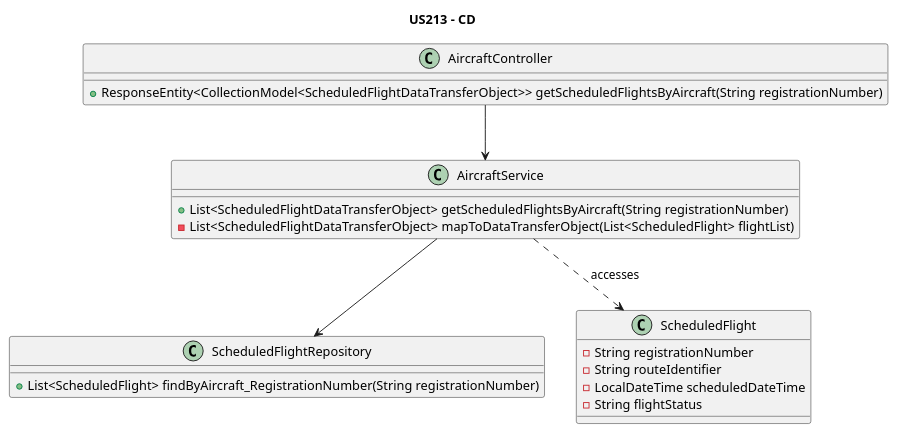
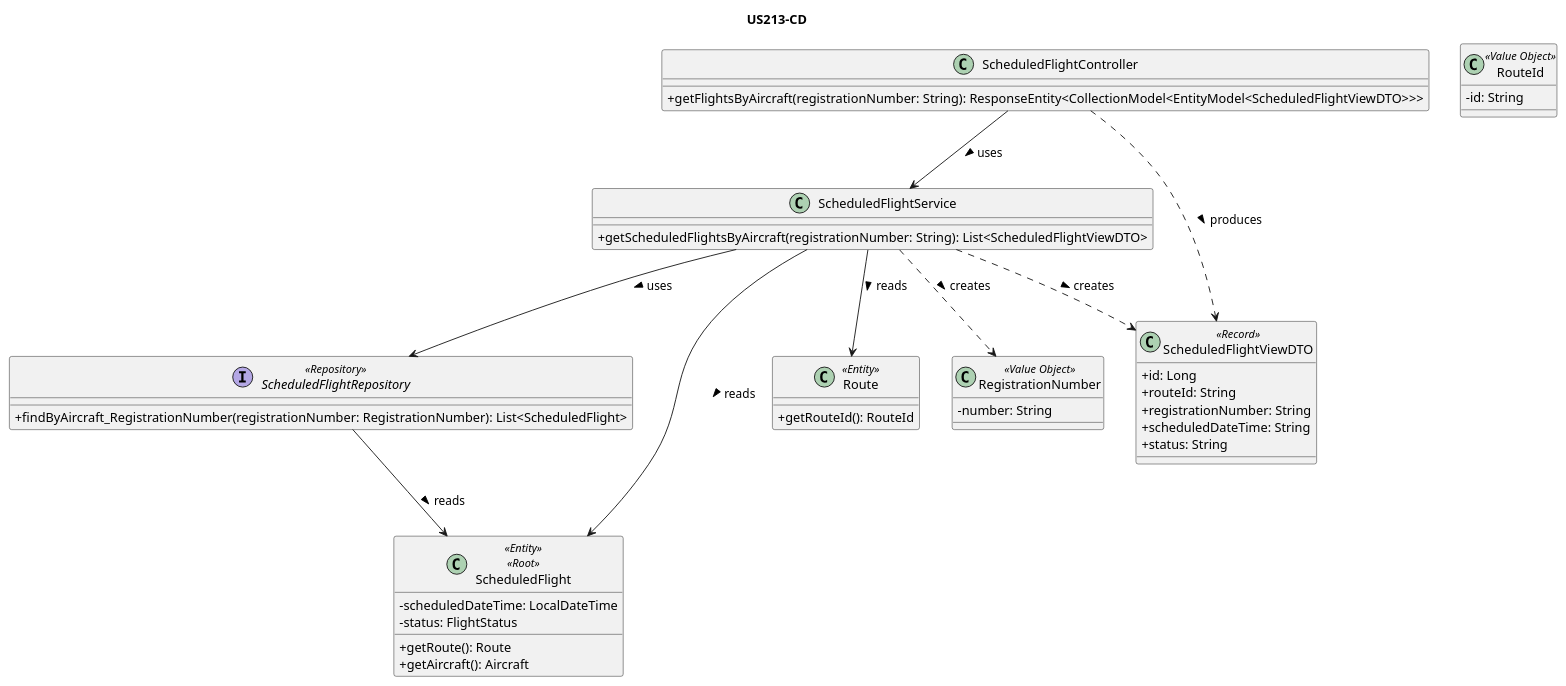
The diagram in docs/WP#3B - Enhanced Route Management/US213/US213-CD.puml (anamartasilvaa/PSOFT_AISafe_Flight), drawn with PlantUML before and after one commit. The commit also changed 18 other files, not shown here.

Commit message:
diagramas de WP#3B

```diff
--- a/docs/WP#3B - Enhanced Route Management/US213/US213-CD.puml
+++ b/docs/WP#3B - Enhanced Route Management/US213/US213-CD.puml
@@ -1,27 +1,54 @@
 @startuml
-title US213 - CD
+skinparam classAttributeIconSize 0
+title US213-CD
 
-class AircraftController {
-    + ResponseEntity<CollectionModel<ScheduledFlightDataTransferObject>> getScheduledFlightsByAircraft(String registrationNumber)
+class ScheduledFlightController {
+    + getFlightsByAircraft(registrationNumber: String): ResponseEntity<CollectionModel<EntityModel<ScheduledFlightViewDTO>>>
 }
 
-class AircraftService {
-    + List<ScheduledFlightDataTransferObject> getScheduledFlightsByAircraft(String registrationNumber)
-    - List<ScheduledFlightDataTransferObject> mapToDataTransferObject(List<ScheduledFlight> flightList)
+class ScheduledFlightService {
+    + getScheduledFlightsByAircraft(registrationNumber: String): List<ScheduledFlightViewDTO>
 }
 
-class ScheduledFlightRepository {
-    + List<ScheduledFlight> findByAircraft_RegistrationNumber(String registrationNumber)
+interface ScheduledFlightRepository <<Repository>> {
+    + findByAircraft_RegistrationNumber(registrationNumber: RegistrationNumber): List<ScheduledFlight>
 }
 
-class ScheduledFlight {
-    - String registrationNumber
-    - String routeIdentifier
-    - LocalDateTime scheduledDateTime
-    - String flightStatus
+class ScheduledFlight <<Entity>> <<Root>> {
+    - scheduledDateTime: LocalDateTime
+    - status: FlightStatus
+    + getRoute(): Route
+    + getAircraft(): Aircraft
 }
 
-AircraftController --> AircraftService
-AircraftService --> ScheduledFlightRepository
-AircraftService ..> ScheduledFlight : accesses
+class Route <<Entity>> {
+    + getRouteId(): RouteId
+}
+
+class RegistrationNumber <<Value Object>> {
+    - number: String
+}
+
+class RouteId <<Value Object>> {
+    - id: String
+}
+
+class ScheduledFlightViewDTO <<Record>> {
+    + id: Long
+    + routeId: String
+    + registrationNumber: String
+    + scheduledDateTime: String
+    + status: String
+}
+
+ScheduledFlightController ..> ScheduledFlightViewDTO : produces >
+ScheduledFlightController --> ScheduledFlightService : uses >
+
+ScheduledFlightService ..> ScheduledFlightViewDTO : creates >
+ScheduledFlightService ..> RegistrationNumber : creates >
+ScheduledFlightService --> ScheduledFlightRepository : uses >
+
+ScheduledFlightRepository --> ScheduledFlight : reads >
+ScheduledFlightService --> ScheduledFlight : reads >
+ScheduledFlightService --> Route : reads >
 @enduml
```
